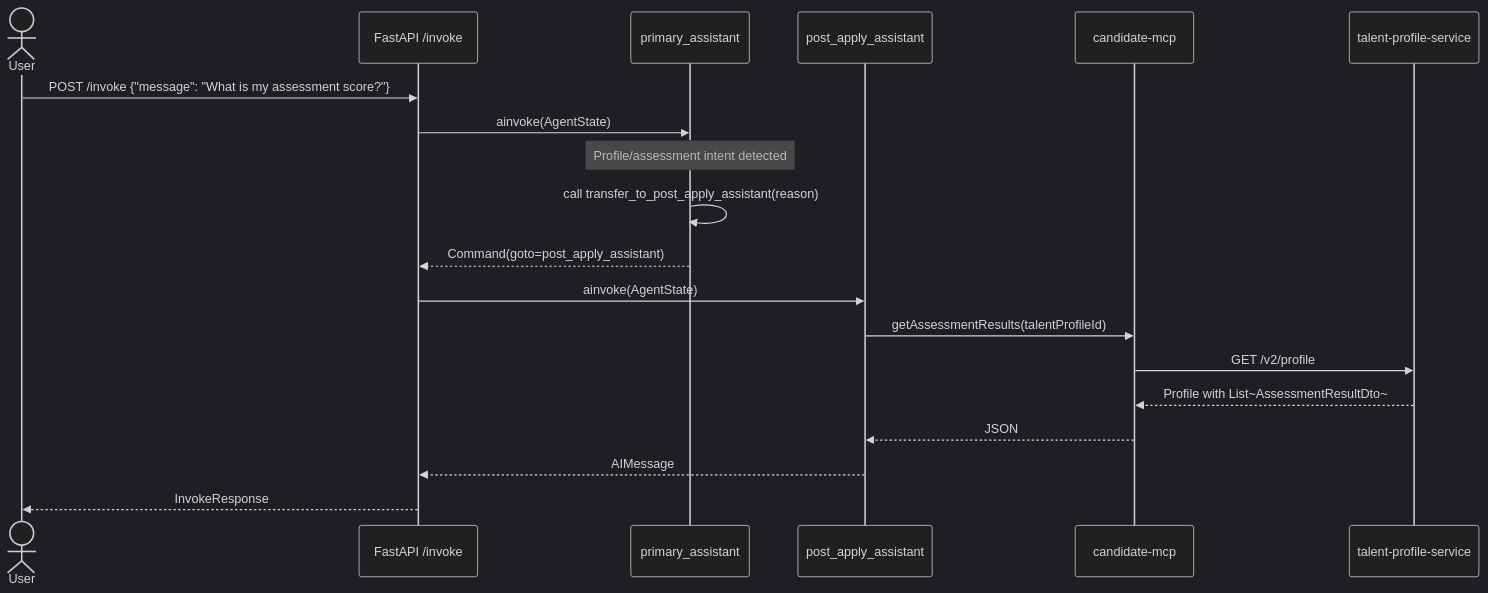
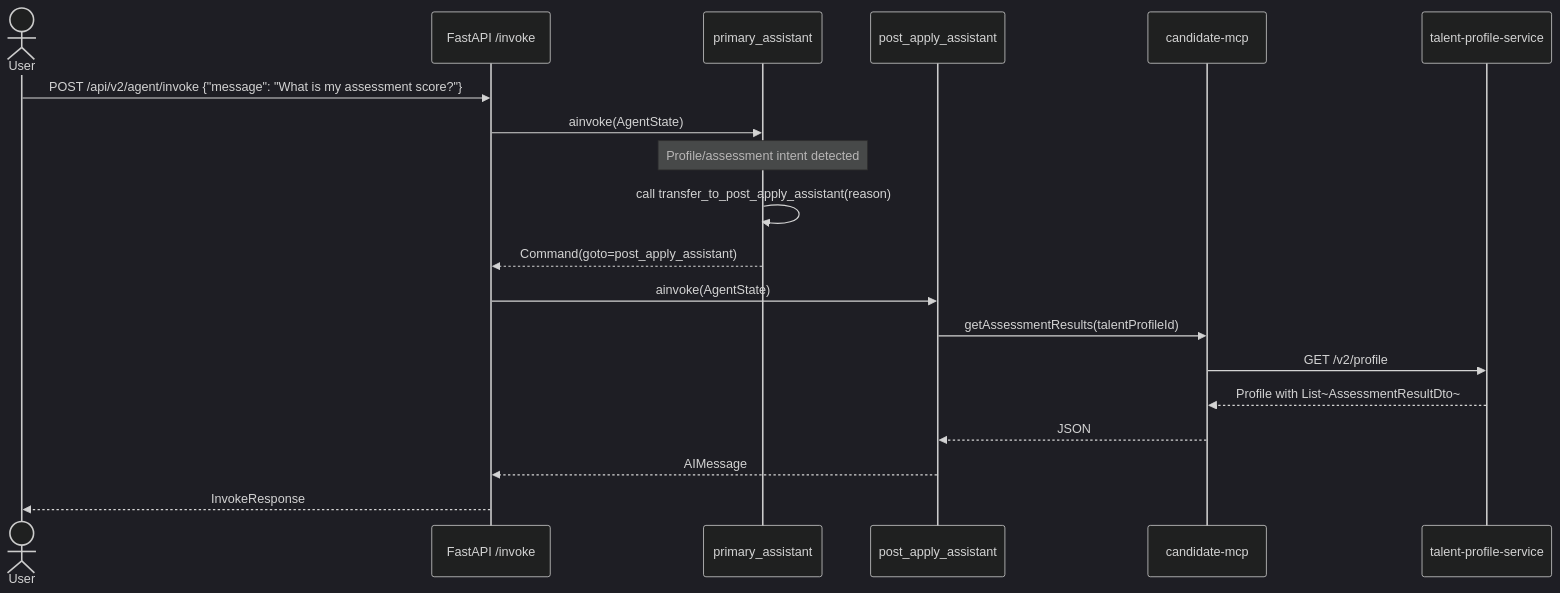
One commit to venkat-raman17/candidate-agent changed diagram 16 of 30 in LLD_POST_APPLY_ASSISTANT.md. Above: the diagram before and after it, drawn with Mermaid (dark theme). The commit also changed other lines of this file, not shown here.

````diff
--- a/LLD_POST_APPLY_ASSISTANT.md
+++ b/LLD_POST_APPLY_ASSISTANT.md
@@ -957,26 +960,26 @@
 ```mermaid
 sequenceDiagram
     actor User
     participant API as FastAPI /invoke
     participant PA as primary_assistant
     participant PAA as post_apply_assistant
     participant CMCP as candidate-mcp
     participant TPS as talent-profile-service
 
-    User->>API: POST /invoke {"message": "What is my assessment score?"}
+    User->>API: POST /api/v2/agent/invoke {"message": "What is my assessment score?"}
     API->>PA: ainvoke(AgentState)
 
     note over PA: Profile/assessment intent detected
     PA->>PA: call transfer_to_post_apply_assistant(reason)
     PA-->>API: Command(goto=post_apply_assistant)
 
     API->>PAA: ainvoke(AgentState)
 
     PAA->>CMCP: getAssessmentResults(talentProfileId)
     CMCP->>TPS: GET /v2/profile
     TPS-->>CMCP: Profile with List~AssessmentResultDto~
     CMCP-->>PAA: JSON
 
     PAA-->>API: AIMessage
     API-->>User: InvokeResponse
 ```
````
